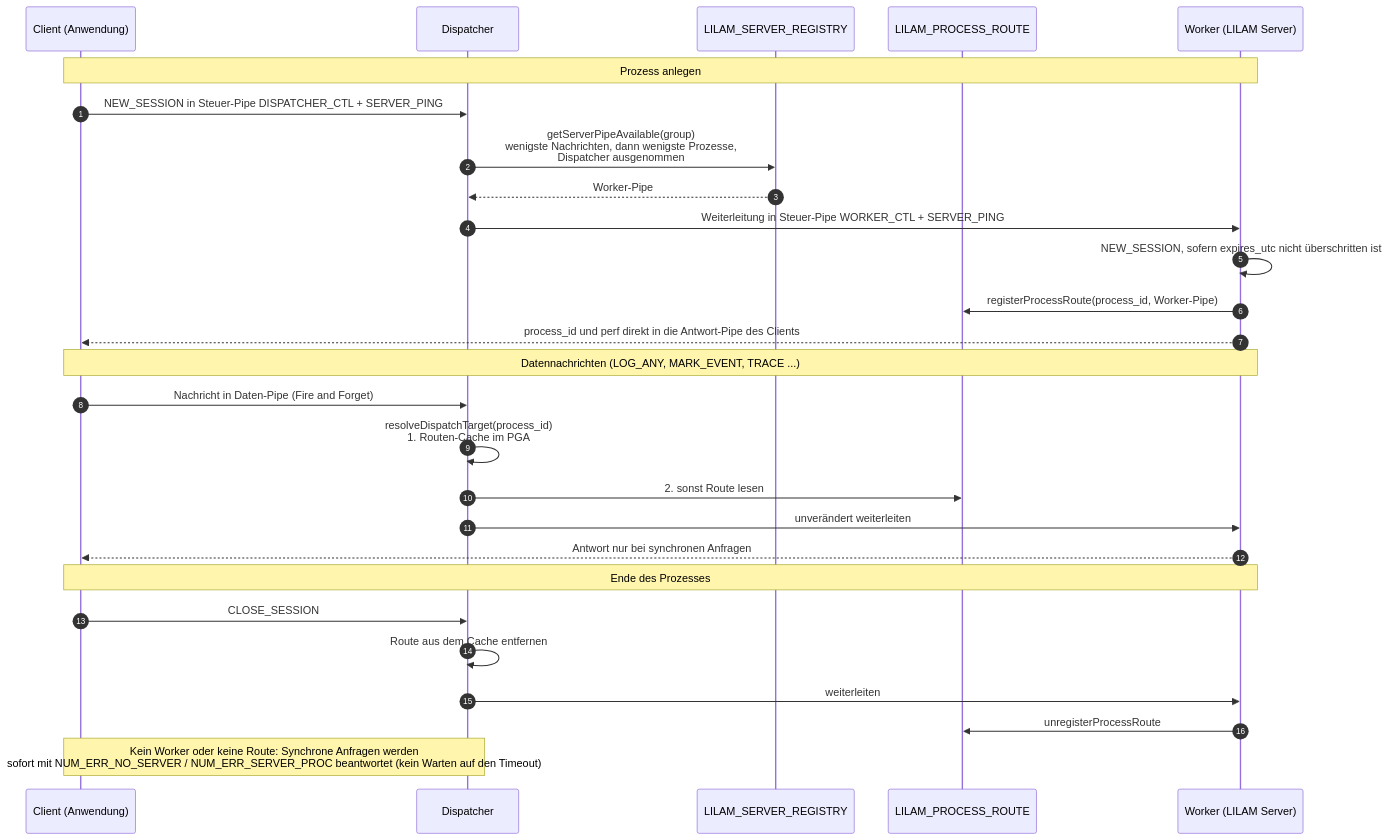
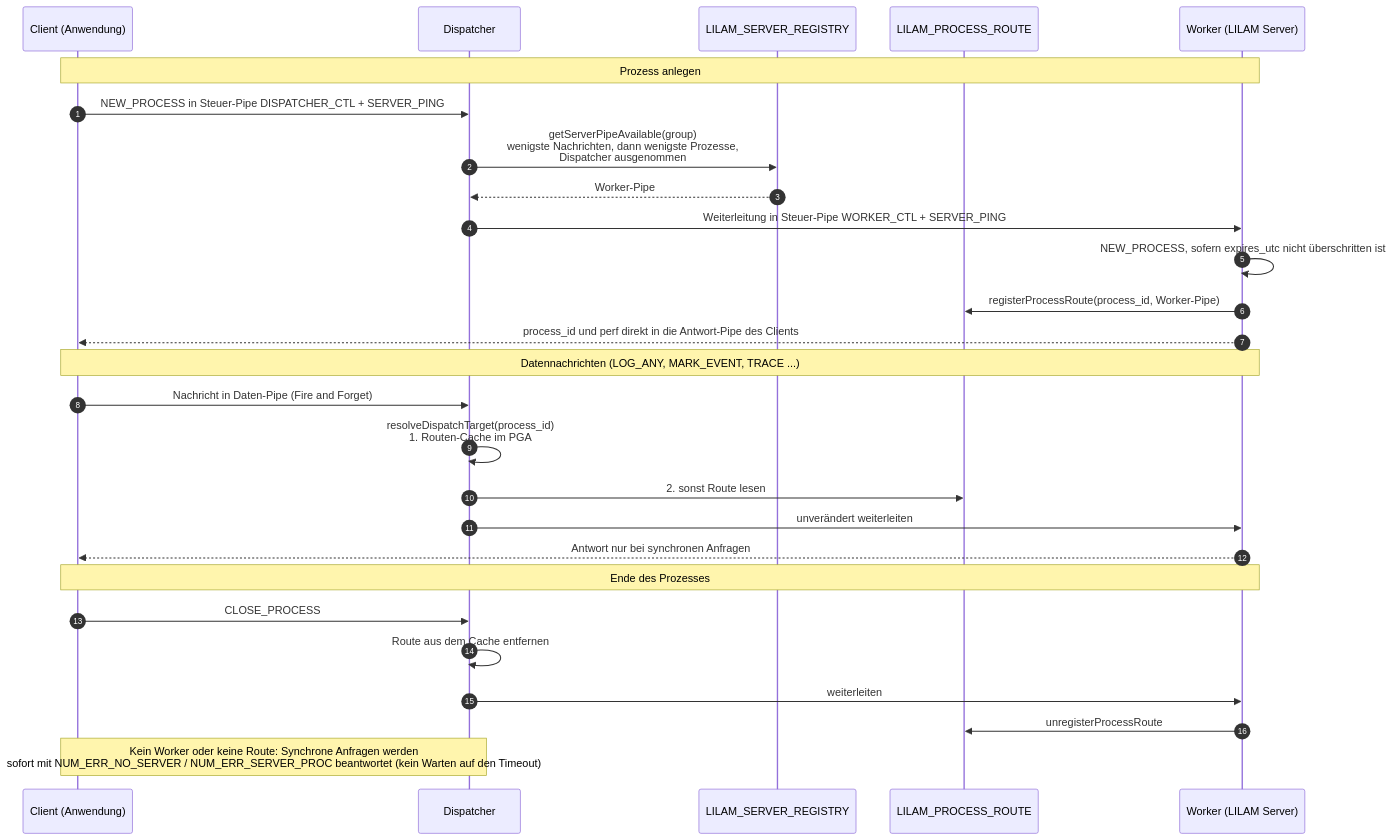
Before and after one commit to dirkgermany/LILAM: the third of 4 diagrams in docs/Architektur und Konzepte.md, drawn with Mermaid. The commit also changed other lines of this file and 44 other files, not shown here.

First line of the commit message:
NEW_PROCESS/SERVER_NEW_PROCESS/CLOSE_PROCESS statt *_SESSION

````diff
--- a/docs/Architektur und Konzepte.md
+++ b/docs/Architektur und Konzepte.md
@@ -386,33 +398,33 @@
 ```mermaid
 sequenceDiagram
     autonumber
     participant C as Client (Anwendung)
     participant D as Dispatcher
     participant R as LILAM_SERVER_REGISTRY
     participant RT as LILAM_PROCESS_ROUTE
     participant W as Worker (LILAM Server)
 
     Note over C,W: Prozess anlegen
-    C->>D: NEW_SESSION in Steuer-Pipe DISPATCHER_CTL + SERVER_PING
+    C->>D: NEW_PROCESS in Steuer-Pipe DISPATCHER_CTL + SERVER_PING
     D->>R: getServerPipeAvailable(group)<br/>wenigste Nachrichten, dann wenigste Prozesse,<br/>Dispatcher ausgenommen
     R-->>D: Worker-Pipe
     D->>W: Weiterleitung in Steuer-Pipe WORKER_CTL + SERVER_PING
-    W->>W: NEW_SESSION, sofern expires_utc nicht überschritten ist
+    W->>W: NEW_PROCESS, sofern expires_utc nicht überschritten ist
     W->>RT: registerProcessRoute(process_id, Worker-Pipe)
     W-->>C: process_id und perf direkt in die Antwort-Pipe des Clients
 
     Note over C,W: Datennachrichten (LOG_ANY, MARK_EVENT, TRACE ...)
     C->>D: Nachricht in Daten-Pipe (Fire and Forget)
     D->>D: resolveDispatchTarget(process_id)<br/>1. Routen-Cache im PGA
     D->>RT: 2. sonst Route lesen
     D->>W: unverändert weiterleiten
     W-->>C: Antwort nur bei synchronen Anfragen
 
     Note over C,W: Ende des Prozesses
-    C->>D: CLOSE_SESSION
+    C->>D: CLOSE_PROCESS
     D->>D: Route aus dem Cache entfernen
     D->>W: weiterleiten
     W->>RT: unregisterProcessRoute
 
     Note over D,C: Kein Worker oder keine Route: Synchrone Anfragen werden<br/>sofort mit NUM_ERR_NO_SERVER / NUM_ERR_SERVER_PROC beantwortet (kein Warten auf den Timeout)
 ```
````
